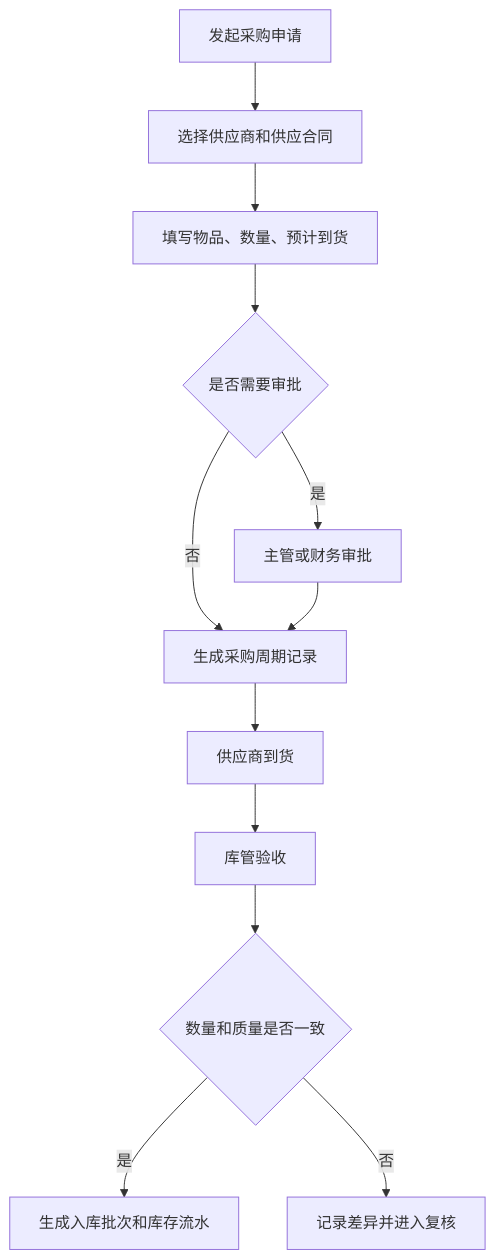
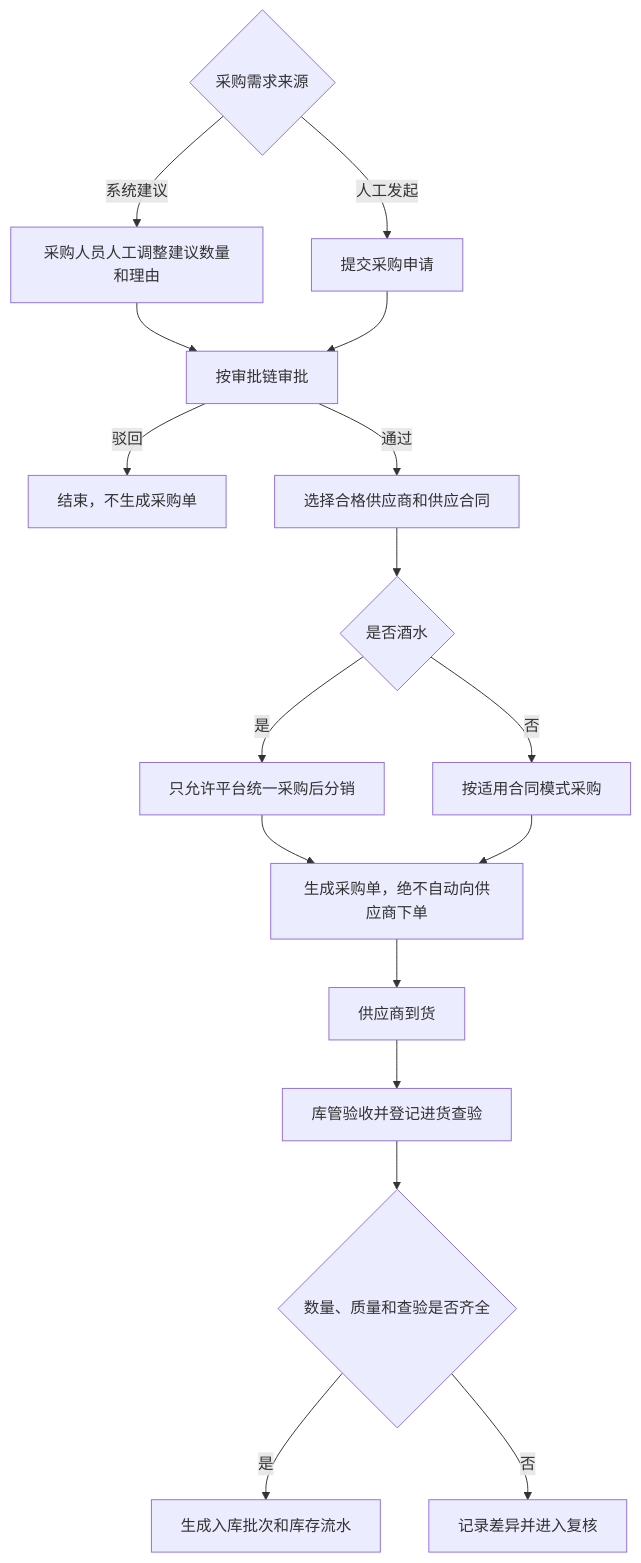
Before and after one commit to jxh1979/mall: the first of 5 diagrams in docs/supply-chain-inventory-product-prd-v0.1.md, drawn with Mermaid. The commit also changed other lines of this file and 1 other file, not shown here.

````diff
--- a/docs/supply-chain-inventory-product-prd-v0.1.md
+++ b/docs/supply-chain-inventory-product-prd-v0.1.md
@@ -148,14 +165,20 @@
 ```mermaid
 flowchart TD
-  A["发起采购申请"] --> B["选择供应商和供应合同"]
-  B --> C["填写物品、数量、预计到货"]
-  C --> D{"是否需要审批"}
-  D -- 是 --> E["主管或财务审批"]
-  D -- 否 --> F["生成采购周期记录"]
-  E --> F
-  F --> G["供应商到货"]
-  G --> H["库管验收"]
-  H --> I{"数量和质量是否一致"}
-  I -- 是 --> J["生成入库批次和库存流水"]
-  I -- 否 --> K["记录差异并进入复核"]
+  A{"采购需求来源"}
+  A -- 系统建议 --> B["采购人员人工调整建议数量和理由"]
+  A -- 人工发起 --> B2["提交采购申请"]
+  B --> C["按审批链审批"]
+  B2 --> C
+  C -- 驳回 --> X["结束，不生成采购单"]
+  C -- 通过 --> D["选择合格供应商和供应合同"]
+  D --> E{"是否酒水"}
+  E -- 是 --> F["只允许平台统一采购后分销"]
+  E -- 否 --> G["按适用合同模式采购"]
+  F --> H["生成采购单，绝不自动向供应商下单"]
+  G --> H
+  H --> I["供应商到货"]
+  I --> J["库管验收并登记进货查验"]
+  J --> K{"数量、质量和查验是否齐全"}
+  K -- 是 --> L["生成入库批次和库存流水"]
+  K -- 否 --> M["记录差异并进入复核"]
 ```
````
